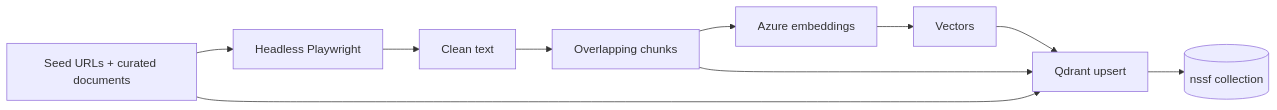
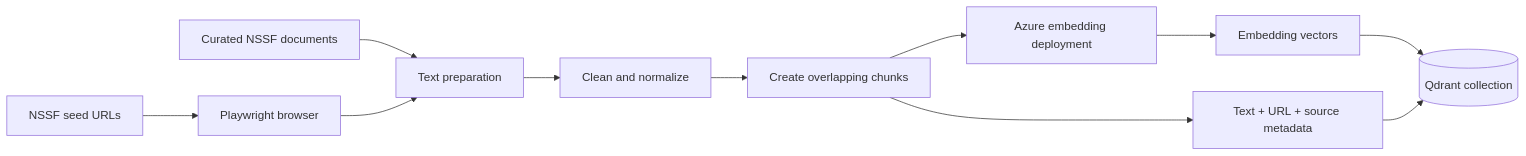
The fourth of 5 diagrams in ARCHITECTURE.md (esther2145/Chatbot), drawn with Mermaid before and after one commit. The commit also changed other lines of this file and 1 other file, not shown here.

Commit message:
architectural changes

````diff
--- a/ARCHITECTURE.md
+++ b/ARCHITECTURE.md
@@ -176,12 +176,13 @@
 ```mermaid
 flowchart LR
-    Sources[Seed URLs + curated documents] --> Browser[Headless Playwright]
-    Browser --> Clean[Clean text]
-    Clean --> Chunk[Overlapping chunks]
-    Chunk --> AE[Azure embeddings]
-    AE --> Vectors[Vectors]
-    Vectors --> Upsert[Qdrant upsert]
-    Chunk --> Upsert
-    Sources --> Upsert
-    Upsert --> Collection[(nssf collection)]
+    A[NSSF seed URLs] --> B[Playwright browser]
+    C[Curated NSSF documents] --> D[Text preparation]
+    B --> D
+    D --> E[Clean and normalize]
+    E --> F[Create overlapping chunks]
+    F --> G[Azure embedding deployment]
+    G --> H[Embedding vectors]
+    F --> I[Text + URL + source metadata]
+    H --> J[(Qdrant collection)]
+    I --> J
 ```
````
